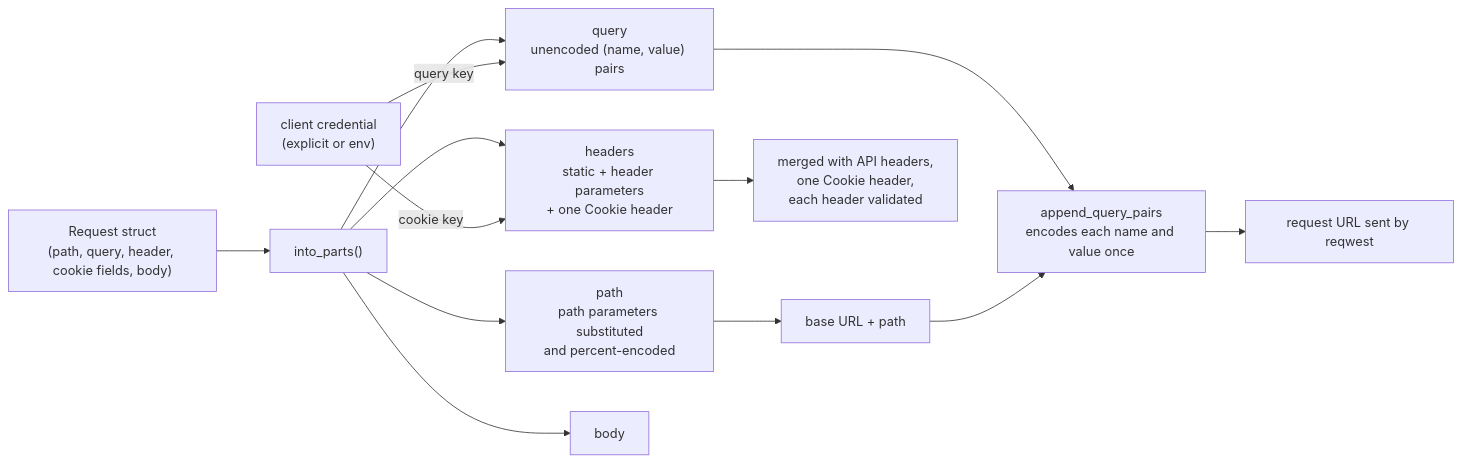
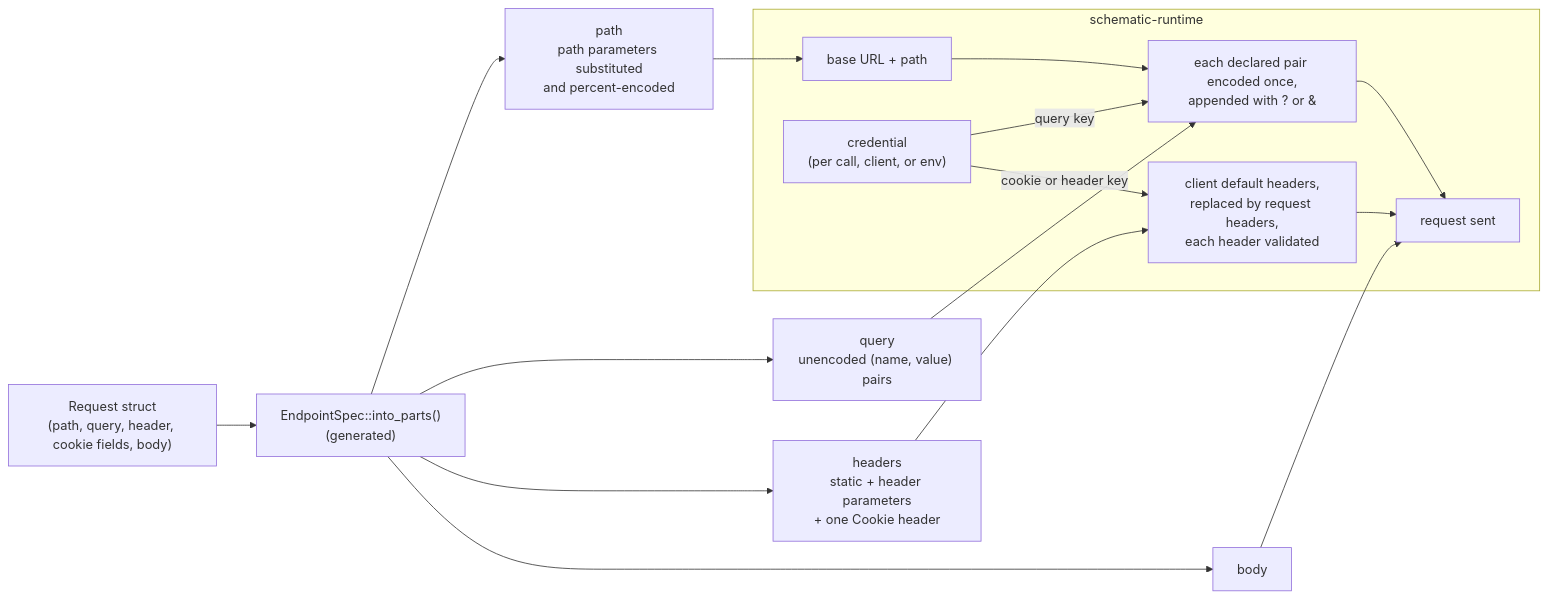
The first of 2 diagrams in schematic/docs/generation/request-side.md (yankeeinlondon/rusty-biscuit), drawn with Mermaid before and after one commit. The commit also changed other lines of this file and 5 other files, not shown here.

````diff
--- a/schematic/docs/generation/request-side.md
+++ b/schematic/docs/generation/request-side.md
@@ -27,15 +30,24 @@
 ```mermaid
 flowchart LR
-    A["Request struct<br/>(path, query, header, cookie fields, body)"] --> B["into_parts()"]
+    A["Request struct<br/>(path, query, header, cookie fields, body)"] --> B["EndpointSpec::into_parts()<br/>(generated)"]
     B --> C["path<br/>path parameters substituted<br/>and percent-encoded"]
     B --> D["query<br/>unencoded (name, value) pairs"]
     B --> E["headers<br/>static + header parameters<br/>+ one Cookie header"]
     B --> B2["body"]
-    K["client credential<br/>(explicit or env)"] -->|query key| D
-    K -->|cookie key| E
-    C --> F["base URL + path"]
-    D --> G["append_query_pairs<br/>encodes each name and value once"]
+    subgraph R ["schematic-runtime"]
+        F["base URL + path"]
+        G["each declared pair encoded once,<br/>appended with ? or &"]
+        I["client default headers,<br/>replaced by request headers,<br/>each header validated"]
+        K["credential<br/>(per call, client, or env)"]
+        H["request sent"]
+    end
+    C --> F
     F --> G
-    G --> H["request URL sent by reqwest"]
-    E --> I["merged with API headers,<br/>one Cookie header,<br/>each header validated"]
+    D --> G
+    E --> I
+    K -->|query key| G
+    K -->|cookie or header key| I
+    G --> H
+    I --> H
+    B2 --> H
 ```
````
